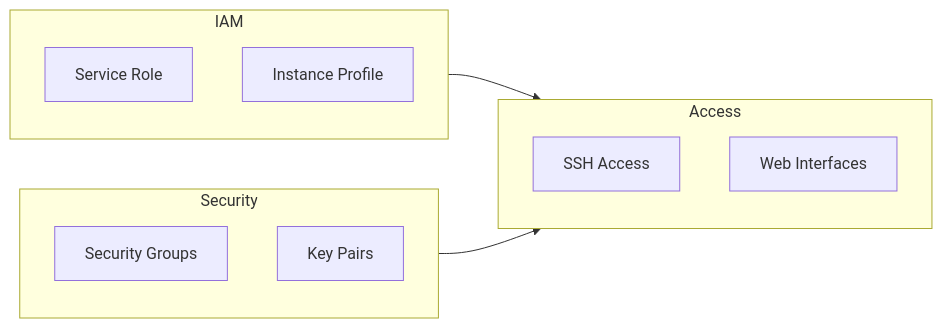
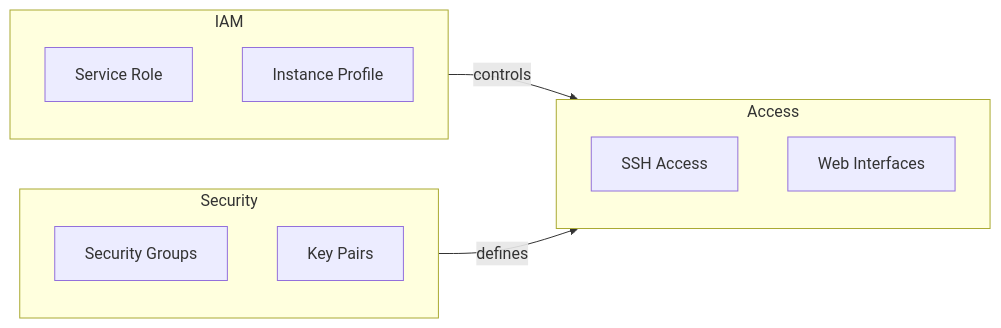
Before and after one commit to matwi5/ece-bigdata-2024-fall-gr02-Mathis-Clement: the fifth of 6 diagrams in docs/architecture.md, drawn with Mermaid. The commit also changed other lines of this file and 10 other files, not shown here.

````diff
--- a/docs/architecture.md
+++ b/docs/architecture.md
@@ -166,20 +247,20 @@
 ```mermaid
 graph LR
     subgraph IAM
         SR[Service Role]
         IP[Instance Profile]
     end
 
     subgraph Access
         SSH[SSH Access]
         WEB[Web Interfaces]
     end
 
     subgraph Security
         SG[Security Groups]
         KP[Key Pairs]
     end
 
-    IAM --> Access
-    Security --> Access
+    IAM --> |controls| Access
+    Security --> |defines| Access
 ```
````
